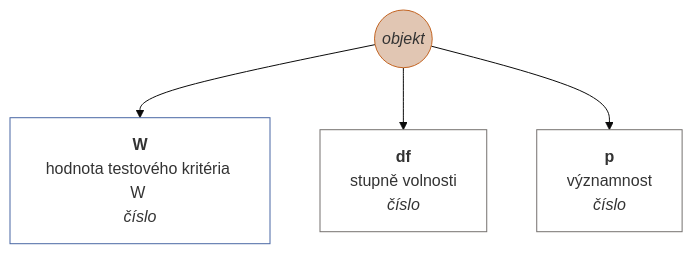
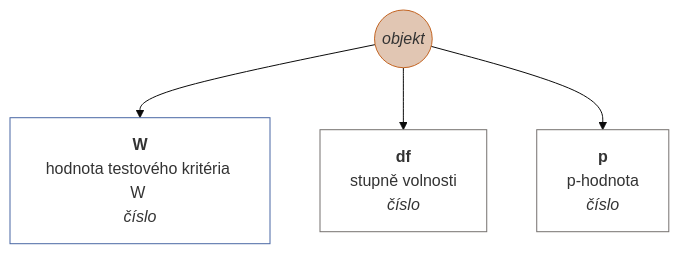
One commit to muzikp/retusa changed diagram 23 of 38 in docs/cs-CZ.md. Above: the diagram before and after it, drawn with Mermaid (base theme). The commit also changed other lines of this file and 8 other files, not shown here.

````diff
--- a/docs/cs-CZ.md
+++ b/docs/cs-CZ.md
@@ -752,16 +752,16 @@
 ```mermaid
 graph TD
 shapirowilk((<i>objekt</i>))
 style shapirowilk fill:#E1C6B3;
 style shapirowilk stroke:#C36422;
 shapirowilk --> W[<b>W</b><br>hodnota testového kritéria W <br><i>číslo</i>]
 style W fill:#FFFFFF;
 style W stroke:#4967A4;
 shapirowilk --> df[<b>df</b><br>stupně volnosti <br><i>číslo</i>]
 style df fill:#FFFFFF;
 style df stroke:#75716F;
-shapirowilk --> p[<b>p</b><br>významnost <br><i>číslo</i>]
+shapirowilk --> p[<b>p</b><br>p-hodnota <br><i>číslo</i>]
 style p fill:#FFFFFF;
 style p stroke:#75716F;
 
 ```
````
